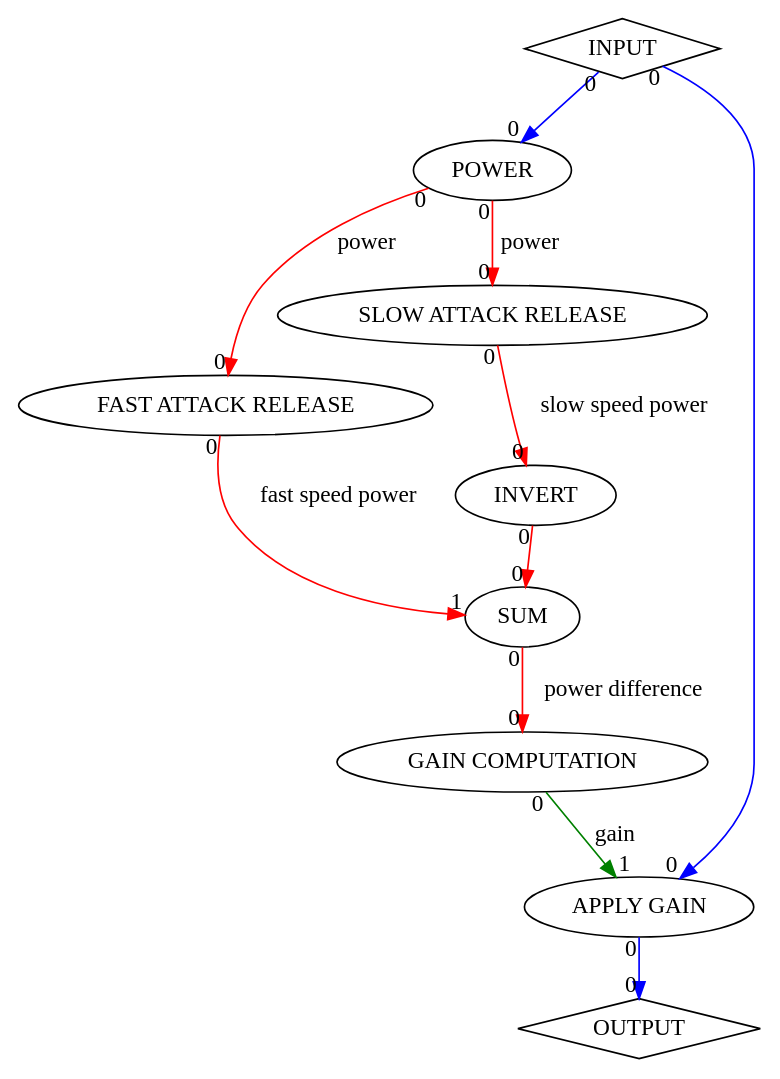
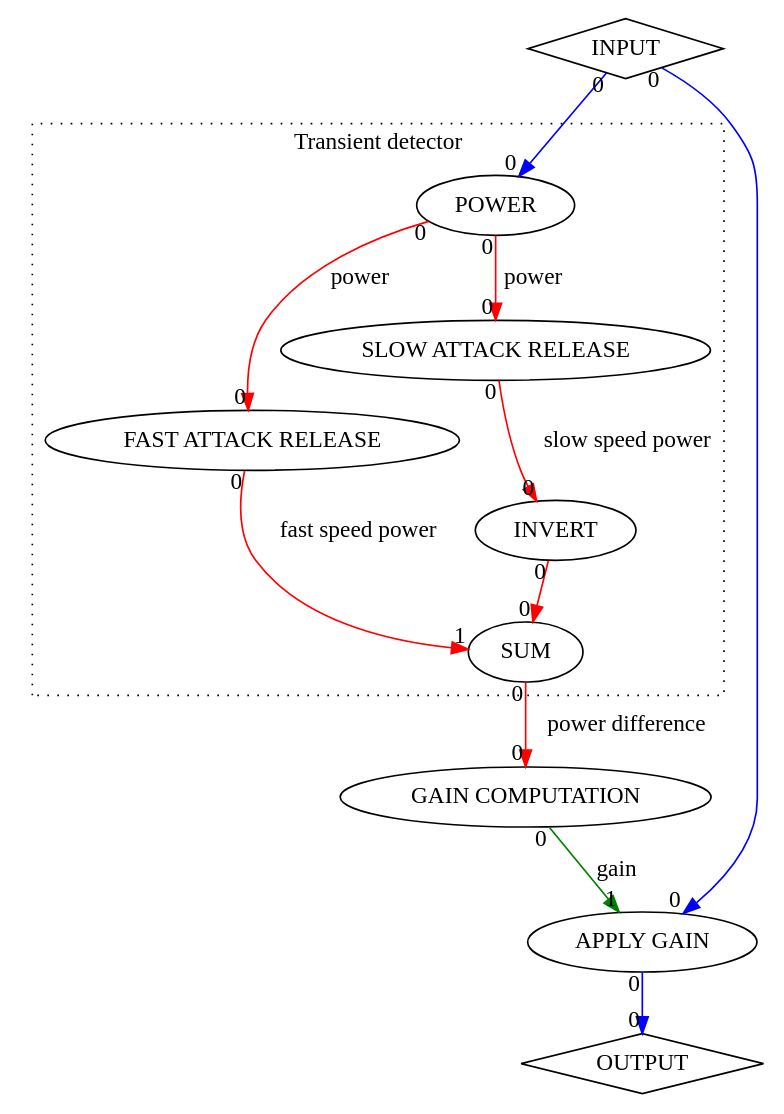
One commit to mbrucher/AudioTK changed the diagram in Examples/dynamic/transient_pipeline.gv. Above: the diagram before and after it, drawn with Graphviz.

Commit message:
Added a sub cluster in the transient graph

```diff
--- a/Examples/dynamic/transient_pipeline.gv
+++ b/Examples/dynamic/transient_pipeline.gv
@@ -1,17 +1,29 @@
 digraph transient {
 
 { node [shape=diamond]
 INPUT OUTPUT
+}
+
+subgraph cluster_transient_detect {
+
+label="Transient detector";
+graph[style=dotted];
+"POWER";
+"FAST ATTACK RELEASE";
+"SLOW ATTACK RELEASE";
+"INVERT";
+"SUM";
+
 }
 
 INPUT -> POWER [taillabel="0" headlabel="0" color="blue"];
 POWER -> "FAST ATTACK RELEASE" [taillabel="0" headlabel="0" label="power" color="red"];
 POWER -> "SLOW ATTACK RELEASE" [taillabel="0" headlabel="0" label="power" color="red"];
 "SLOW ATTACK RELEASE" -> INVERT [taillabel="0" headlabel="0" label="slow speed power" color="red"];
 INVERT -> SUM [taillabel="0" headlabel="0" color="red"];
 "FAST ATTACK RELEASE" -> SUM [taillabel="0" headlabel="1" label="fast speed power" color="red"];
 SUM -> "GAIN COMPUTATION" [taillabel="0" headlabel="0" label="power difference" color="red"];
 INPUT -> "APPLY GAIN" [taillabel="0" headlabel="0" color="blue"];
 "GAIN COMPUTATION" -> "APPLY GAIN" [taillabel="0" headlabel="1" label="gain" color="green"];
 "APPLY GAIN" -> OUTPUT [taillabel="0" headlabel="0" color="blue"];
 }
```
